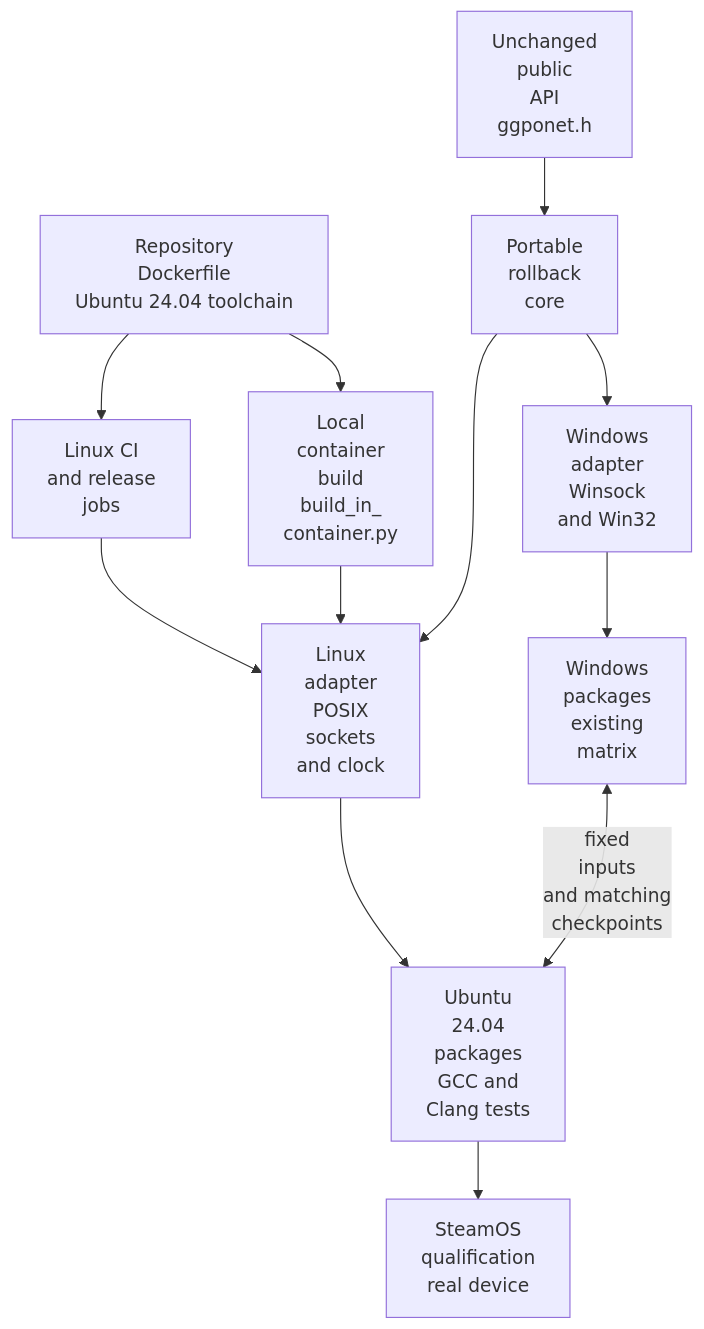
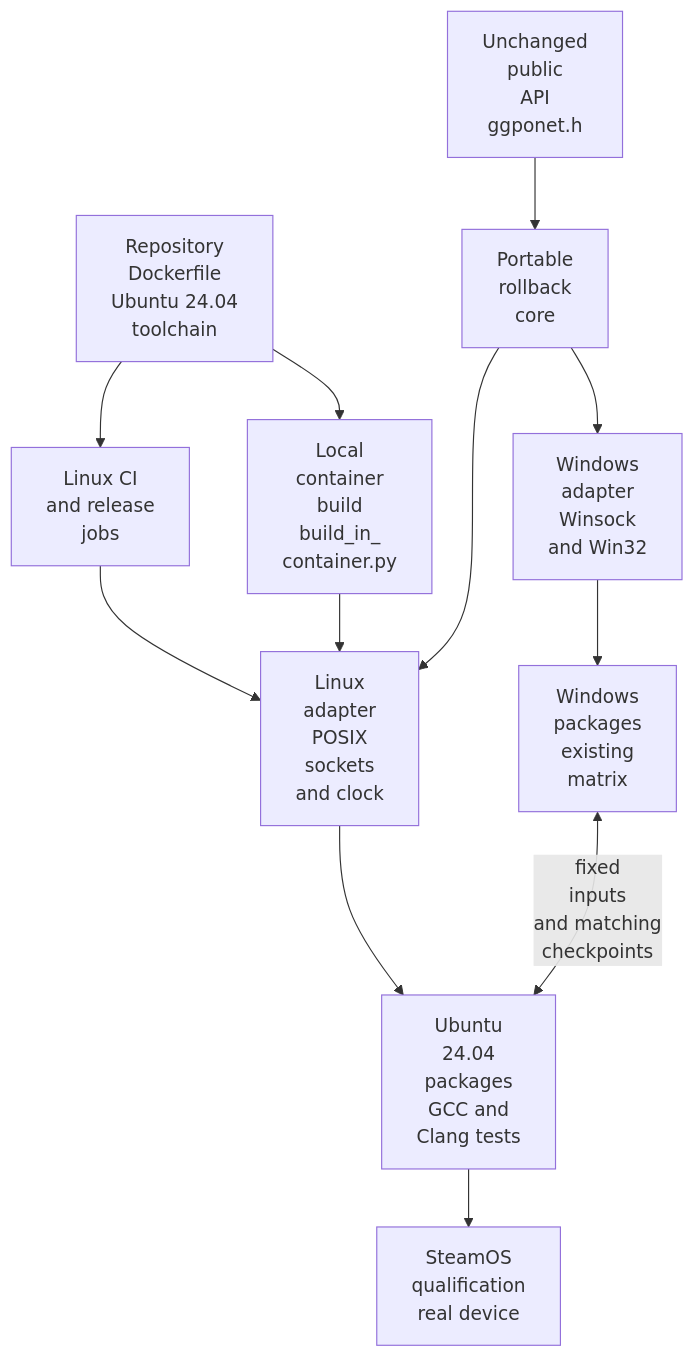
The diagram in doc/planning/2026-11-07-linux_support/TECH_PLAN.md (irregularthanis/ggpo-next), drawn with Mermaid before and after one commit.

Commit message:
docs: wrap Dockerfile diagram label

````diff
--- a/doc/planning/2026-11-07-linux_support/TECH_PLAN.md
+++ b/doc/planning/2026-11-07-linux_support/TECH_PLAN.md
@@ -47,15 +47,15 @@
 ```mermaid
 flowchart TD
-    Dockerfile["Repository<br/>Dockerfile<br/>Ubuntu 24.04 toolchain"]
+    Dockerfile["Repository<br/>Dockerfile<br/>Ubuntu 24.04<br/>toolchain"]
     Local["Local<br/>container<br/>build<br/>build_in_<br/>container.py"]
     CI["Linux CI<br/>and release<br/>jobs"]
     API["Unchanged<br/>public<br/>API<br/>ggponet.h"] --> Core["Portable<br/>rollback<br/>core"]
     Core --> Win["Windows<br/>adapter<br/>Winsock<br/>and Win32"]
     Core --> Linux["Linux<br/>adapter<br/>POSIX<br/>sockets<br/>and clock"]
     Win --> WinPkg["Windows<br/>packages<br/>existing<br/>matrix"]
     Linux --> LinPkg["Ubuntu<br/>24.04<br/>packages<br/>GCC and<br/>Clang tests"]
     WinPkg <-->|"fixed<br/>inputs<br/>and matching<br/>checkpoints"| LinPkg
     LinPkg --> Deck["SteamOS<br/>qualification<br/>real device"]
     Dockerfile --> Local --> Linux
     Dockerfile --> CI --> Linux
 ```
````
